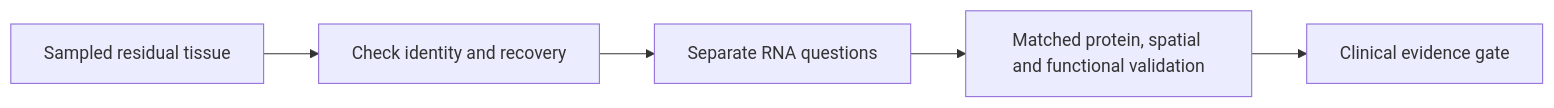
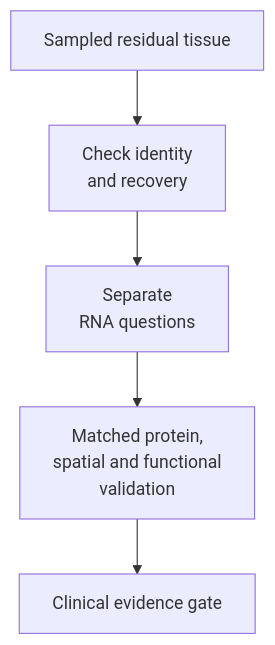
One commit to jasonLaster/oncoguide changed the diagram in wiki/education/molecular-profiling/08-profile-residual-tumor.md. Above: the diagram before and after it, drawn with Mermaid. The commit also changed 2 other files, not shown here.

Commit message:
content: sync readable immune-recognition and residual-tumor maps

````diff
--- a/wiki/education/molecular-profiling/08-profile-residual-tumor.md
+++ b/wiki/education/molecular-profiling/08-profile-residual-tumor.md
@@ -34,7 +34,7 @@
 ```mermaid
-flowchart LR
-  A[Sampled residual tissue] --> B[Check identity and recovery]
-  B --> C[Separate RNA questions]
-  C --> D[Matched protein, spatial and functional validation]
+flowchart TD
+  A[Sampled residual tissue] --> B["Check identity<br/>and recovery"]
+  B --> C["Separate<br/>RNA questions"]
+  C --> D["Matched protein,<br/>spatial and functional<br/>validation"]
   D --> E[Clinical evidence gate]
 ```
````
